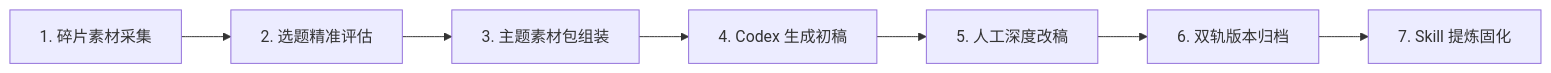
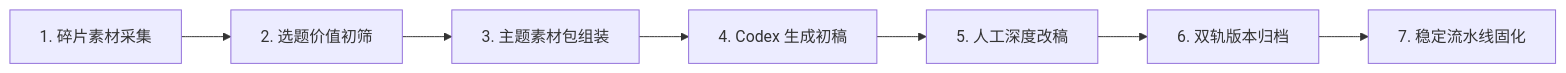
One commit to ponyletter/py310sphinx_knowledge changed the second of 2 diagrams in docs/source/courses/geek_notes_and_ai_dialogues/stage5_digital_garden_and_random_thoughts/08_case_qitianjia_obsidian_content_pipeline.md. Above: the diagram before and after it, drawn with Mermaid. The commit also changed other lines of this file and 7 other files, not shown here.

````diff
--- a/docs/source/courses/geek_notes_and_ai_dialogues/stage5_digital_garden_and_random_thoughts/08_case_qitianjia_obsidian_content_pipeline.md
+++ b/docs/source/courses/geek_notes_and_ai_dialogues/stage5_digital_garden_and_random_thoughts/08_case_qitianjia_obsidian_content_pipeline.md
@@ -29,6 +37,6 @@
 ```mermaid
 flowchart LR
-    P1["1. 碎片素材采集"] --> P2["2. 选题精准评估"] --> P3["3. 主题素材包组装"]
+    P1["1. 碎片素材采集"] --> P2["2. 选题价值初筛"] --> P3["3. 主题素材包组装"]
     P3 --> P4["4. Codex 生成初稿"] --> P5["5. 人工深度改稿"]
-    P5 --> P6["6. 双轨版本归档"] --> P7["7. Skill 提炼固化"]
+    P5 --> P6["6. 双轨版本归档"] --> P7["7. 稳定流水线固化"]
 ```
````
